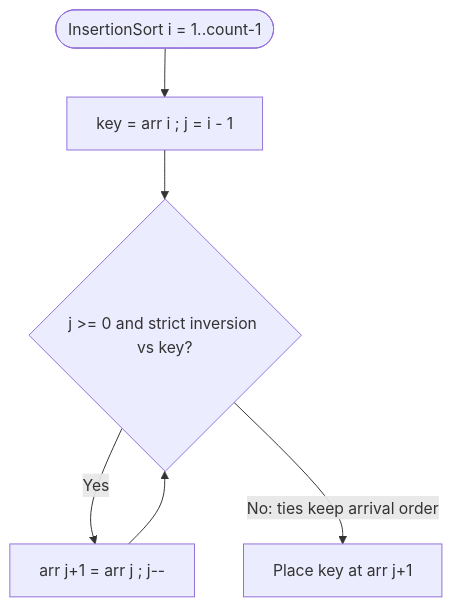
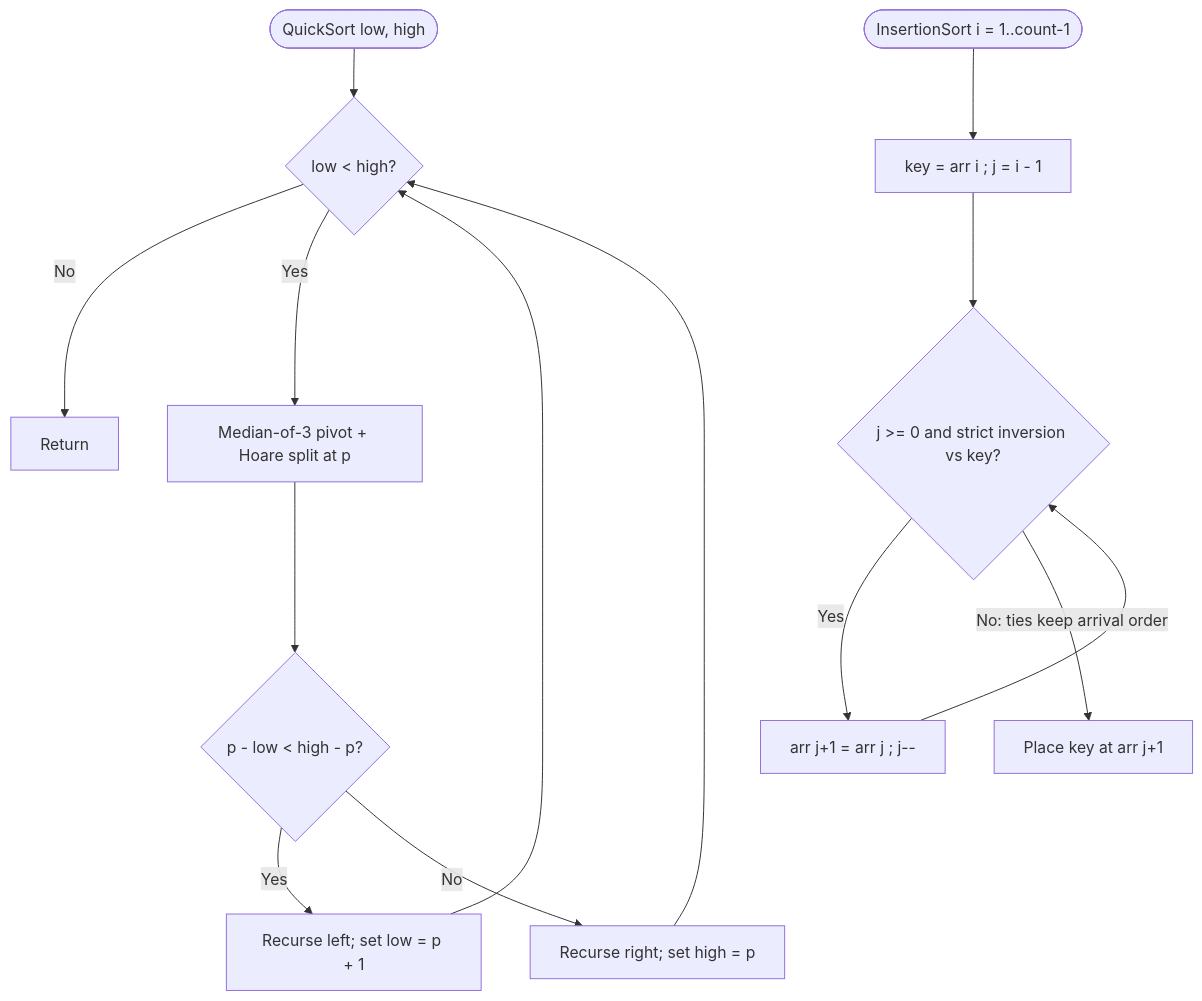
One commit to JeptahIldefonso/Group1_E-Commerce_Logistics-Hub changed the third of 3 diagrams in docs/TECHNICAL_DOCUMENTATION.md. Above: the diagram before and after it, drawn with Mermaid. The commit also changed other lines of this file and 1 other file, not shown here.

Commit message:
docs: fix UML/flowchart diagrams, add 14-node BST diagram, Contents index, and clean page breaks

````diff
--- a/docs/TECHNICAL_DOCUMENTATION.md
+++ b/docs/TECHNICAL_DOCUMENTATION.md
@@ -181,7 +181,14 @@
 ```mermaid
 flowchart TD
+    Q([QuickSort low, high]) --> QC{low < high?}
+    QC -->|No| QE[Return]
+    QC -->|Yes| QP[Median-of-3 pivot + Hoare split at p]
+    QP --> QT{p - low < high - p?}
+    QT -->|Yes| QL[Recurse left; set low = p + 1] --> QC
+    QT -->|No| QR[Recurse right; set high = p] --> QC
+
     I([InsertionSort i = 1..count-1]) --> K[key = arr i ; j = i - 1]
     K --> C{j >= 0 and strict inversion vs key?}
     C -->|Yes| SH[arr j+1 = arr j ; j--] --> C
     C -->|No: ties keep arrival order| PL[Place key at arr j+1]
 ```
````
